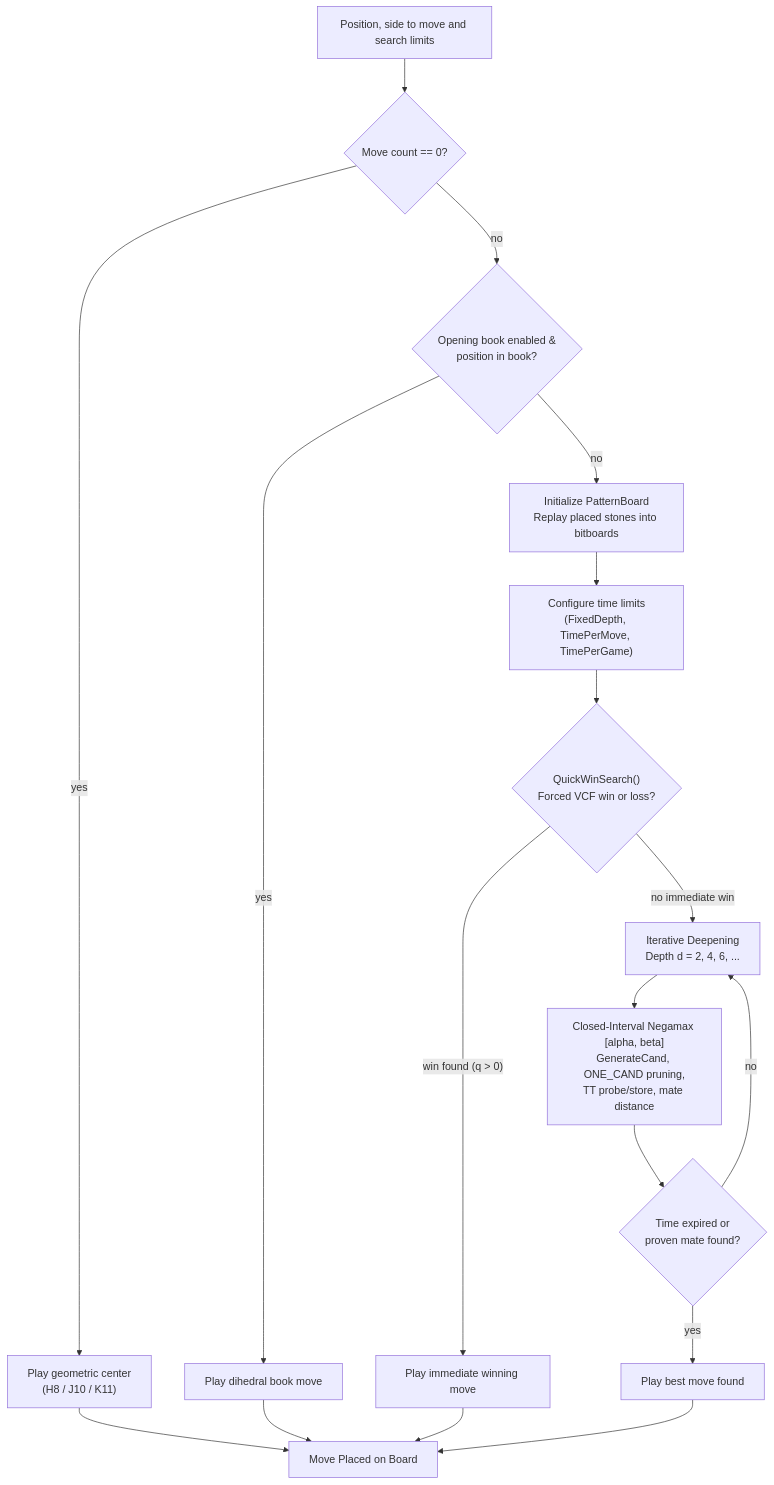
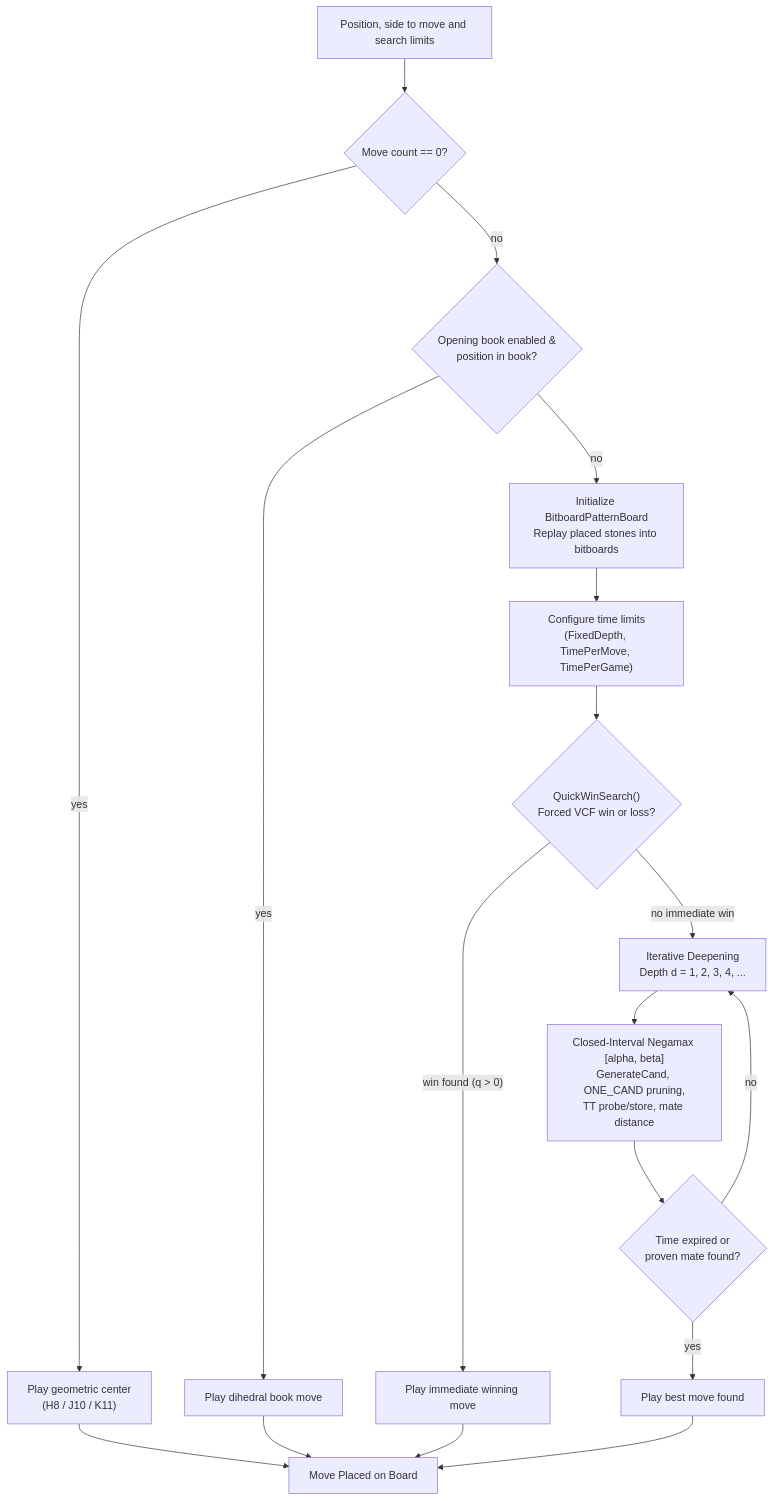
Before and after one commit to cjp-dev/Gomoku: the first of 2 diagrams in docs/brain/README.md, drawn with Mermaid. The commit also changed other lines of this file and 29 other files, not shown here.

````diff
--- a/docs/brain/README.md
+++ b/docs/brain/README.md
@@ -22,20 +22,20 @@
 ```mermaid
 flowchart TD
     Start["Position, side to move and search limits"] --> Opening{"Move count == 0?"}
     Opening -- "yes" --> Center["Play geometric center<br/>(H8 / J10 / K11)"]
     Opening -- "no" --> BookCheck{"Opening book enabled &amp;<br/>position in book?"}
     BookCheck -- "yes" --> BookMove["Play dihedral book move"]
-    BookCheck -- "no" --> Init["Initialize PatternBoard<br/>Replay placed stones into bitboards"]
+    BookCheck -- "no" --> Init["Initialize BitboardPatternBoard<br/>Replay placed stones into bitboards"]
     Init --> Limits["Configure time limits<br/>(FixedDepth, TimePerMove, TimePerGame)"]
     Limits --> VCF{"QuickWinSearch()<br/>Forced VCF win or loss?"}
     VCF -- "win found (q &gt; 0)" --> PlayWin["Play immediate winning move"]
-    VCF -- "no immediate win" --> Iter["Iterative Deepening<br/>Depth d = 2, 4, 6, ..."]
+    VCF -- "no immediate win" --> Iter["Iterative Deepening<br/>Depth d = 1, 2, 3, 4, ..."]
     Iter --> Search["Closed-Interval Negamax [alpha, beta]<br/>GenerateCand, ONE_CAND pruning,<br/>TT probe/store, mate distance"]
     Search --> TimeCheck{"Time expired or<br/>proven mate found?"}
     TimeCheck -- "no" --> Iter
     TimeCheck -- "yes" --> Best["Play best move found"]
     Center --> Done["Move Placed on Board"]
     BookMove --> Done
     PlayWin --> Done
     Best --> Done
 ```
````
